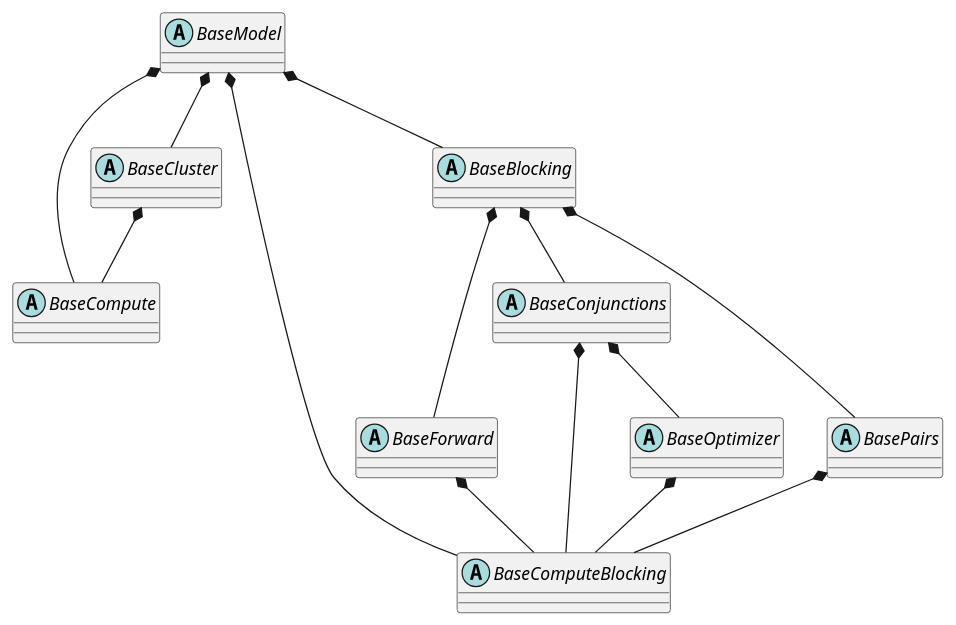
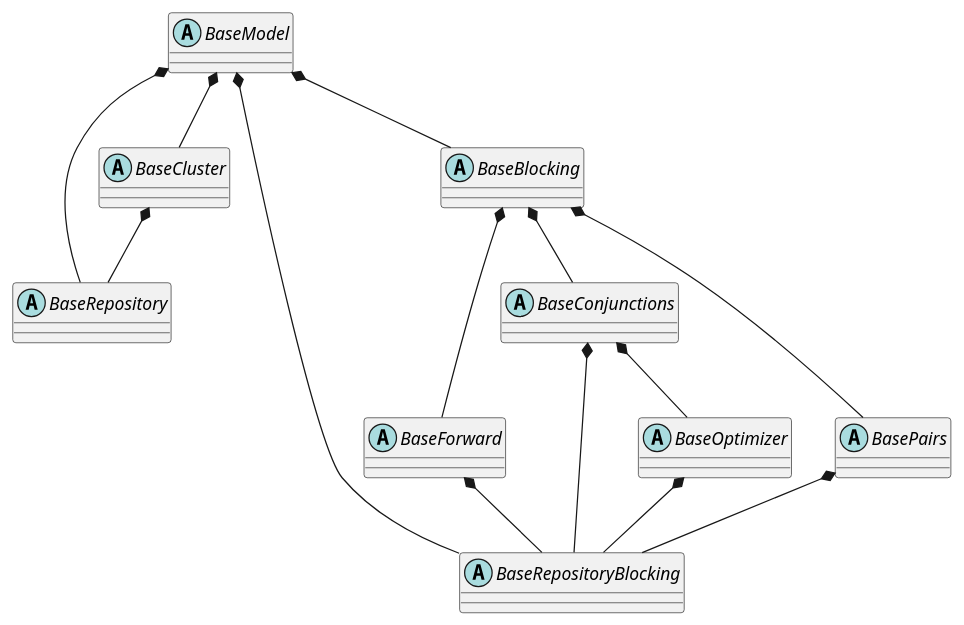
One commit to chansooligans/oagdedupe changed the diagram in references/compositions.puml. Above: the diagram before and after it, drawn with PlantUML. The commit also changed 17 other files, not shown here.

Commit message:
rename from compute to repository

```diff
--- a/references/compositions.puml
+++ b/references/compositions.puml
@@ -1,59 +1,59 @@
 @startuml Class Hierarchy
 
 '---------------------Abstract Nodes------------------------------'
 
 abstract class BaseModel
 
 'compute'
-abstract class BaseCompute
-abstract class BaseComputeBlocking
+abstract class BaseRepository
+abstract class BaseRepositoryBlocking
 
 'blocking'
 abstract class BaseBlocking
 abstract class BaseForward
 abstract class BaseConjunctions
 abstract class BasePairs
 abstract class BaseOptimizer
 
 'clustering'
 abstract class BaseCluster
 
 '---------------------Edges------------------------------'
 
 'api'
 ' BaseModel <|-- "ext" Dedupe
 ' BaseModel <|-- "ext" RecordLinkage
 ' BaseModel <|-- "ext" Fapi
-BaseModel *-- BaseCompute
-BaseModel *-- BaseComputeBlocking
+BaseModel *-- BaseRepository
+BaseModel *-- BaseRepositoryBlocking
 BaseModel *-- BaseBlocking
 BaseModel *-- BaseCluster
 ' BaseModel *-- Setting
 
 'blocking
 BaseBlocking *-- BaseForward
 BaseBlocking *-- BasePairs
 BaseBlocking *-- BaseConjunctions
 
 BaseConjunctions *-- BaseOptimizer
 ' BaseBlocking <|-- "ext" Blocking
 ' BaseForward <|-- "ext" Forward
 ' BasePairs <|-- "ext" Pairs
 ' BaseConjunctions <|-- "ext" Conjunctions
 ' BaseOptimizer <|-- "ext" DynamicProgram
 
 ' BaseForward <|-- BlockSchemes
 ' BaseConjunctions <|-- BlockSchemes
 ' BaseOptimizer <|-- BlockSchemes
 
 'clustering
 ' BaseCluster <|-- "ext" ConnectedComponents
 
 'compute
-BaseForward *-- BaseComputeBlocking
-BasePairs *-- BaseComputeBlocking
-BaseConjunctions *-- BaseComputeBlocking
-BaseOptimizer *-- BaseComputeBlocking
-BaseCluster *-- BaseCompute
+BaseForward *-- BaseRepositoryBlocking
+BasePairs *-- BaseRepositoryBlocking
+BaseConjunctions *-- BaseRepositoryBlocking
+BaseOptimizer *-- BaseRepositoryBlocking
+BaseCluster *-- BaseRepository
 
 @enduml
```
